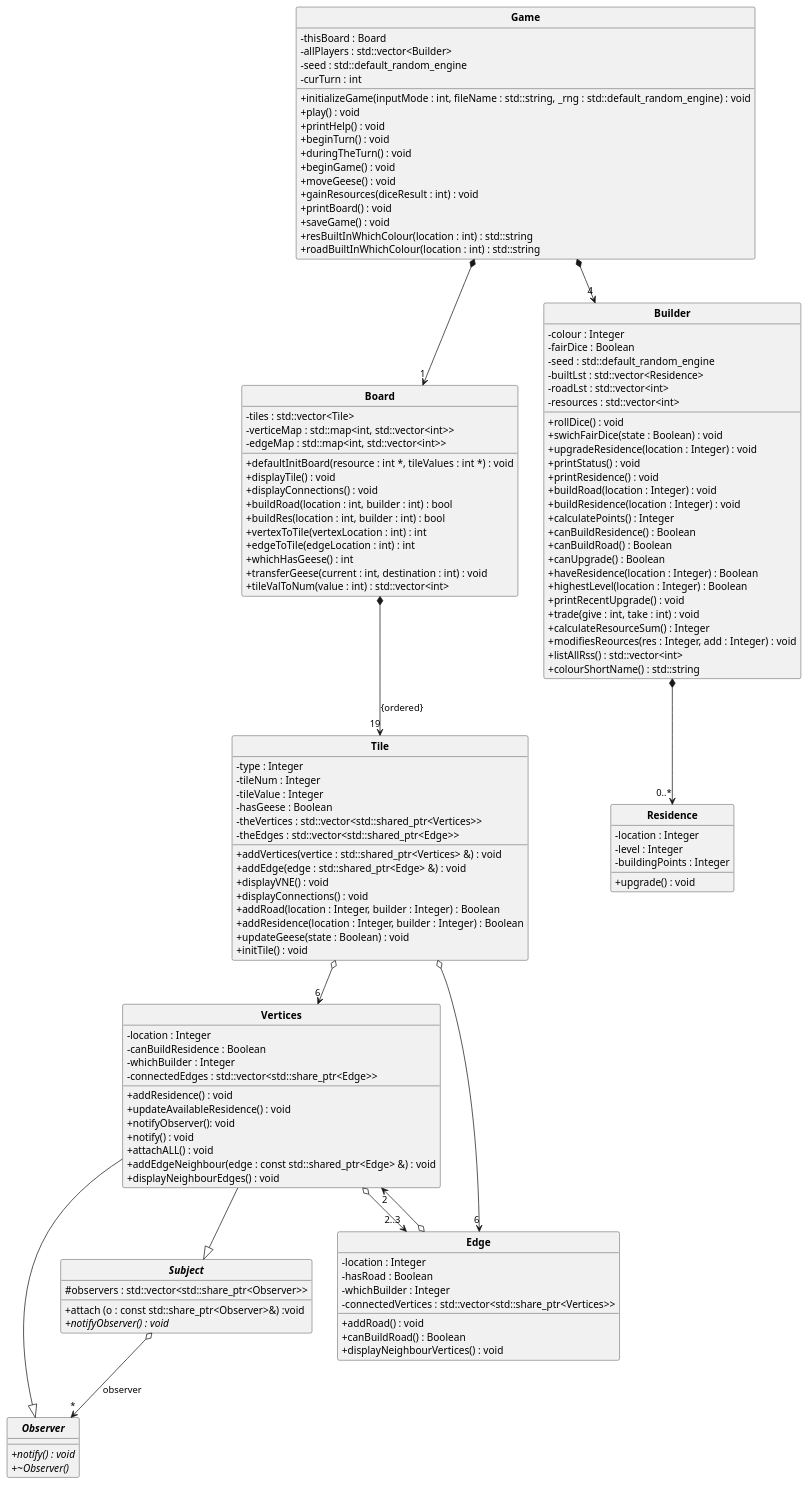
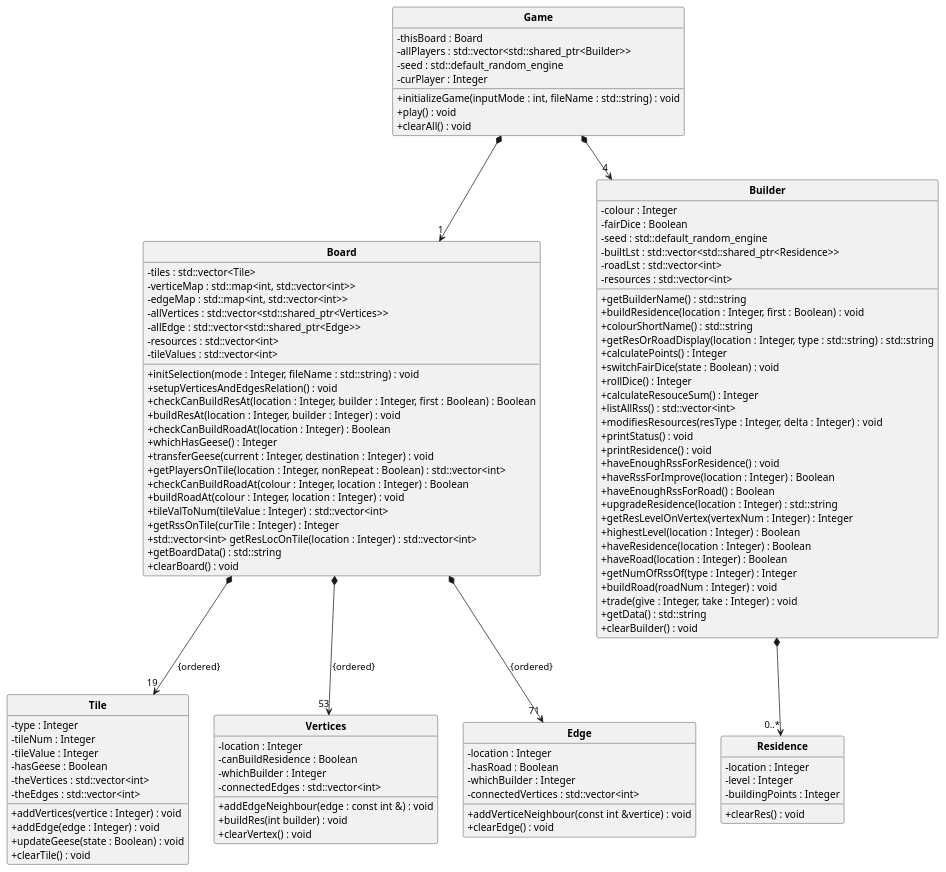
The diagram in final project documentation/ddl2/uml_final.wsd (Charles-Shang/constructor), drawn with PlantUML before and after one commit. The commit also changed 2 other files, not shown here.

Commit message:
update uml

```diff
--- a/final project documentation/ddl2/uml_final.wsd
+++ b/final project documentation/ddl2/uml_final.wsd
@@ -1,142 +1,123 @@
 @startuml CS246 Final Project UML ddl#1
 skinparam style strictuml
 skinparam SequenceMessageAlignment center
 skinparam classAttributeIconSize 0
 
 class "**Board**"  {
     - tiles : std::vector<Tile>
     - verticeMap : std::map<int, std::vector<int>>
     - edgeMap : std::map<int, std::vector<int>>
-    + defaultInitBoard(resource : int *, tileValues : int *) : void
-    + displayTile() : void
-    + displayConnections() : void
-    + buildRoad(location : int, builder : int) : bool
-    + buildRes(location : int, builder : int) : bool
-    + vertexToTile(vertexLocation : int) : int
-    + edgeToTile(edgeLocation : int) : int
-    + whichHasGeese() : int
-    + transferGeese(current : int, destination : int) : void
-    + tileValToNum(value : int) : std::vector<int>
+    - allVertices : std::vector<std::shared_ptr<Vertices>>
+    - allEdge : std::vector<std::shared_ptr<Edge>>
+    - resources : std::vector<int>
+    - tileValues : std::vector<int>
+    + initSelection(mode : Integer, fileName : std::string) : void
+    + setupVerticesAndEdgesRelation() : void 
+    + checkCanBuildResAt(location : Integer, builder : Integer, first : Boolean) : Boolean
+    + buildResAt(location : Integer, builder : Integer) : void
+    + checkCanBuildRoadAt(location : Integer) : Boolean
+    + whichHasGeese() : Integer
+    + transferGeese(current : Integer, destination : Integer) : void
+    + getPlayersOnTile(location : Integer, nonRepeat : Boolean) : std::vector<int>
+    + checkCanBuildRoadAt(colour : Integer, location : Integer) : Boolean
+    + buildRoadAt(colour : Integer, location : Integer) : void
+    + tileValToNum(tileValue : Integer) : std::vector<int> 
+    + getRssOnTile(curTile : Integer) : Integer
+    + std::vector<int> getResLocOnTile(location : Integer) : std::vector<int> 
+    + getBoardData() : std::string 
+    + clearBoard() : void
+
 }
 
 
 class "**Tile**" {
     - type : Integer
     - tileNum : Integer
     - tileValue : Integer
     - hasGeese : Boolean
-    - theVertices : std::vector<std::shared_ptr<Vertices>>
-    - theEdges : std::vector<std::shared_ptr<Edge>>
-    + addVertices(vertice : std::shared_ptr<Vertices> &) : void
-    + addEdge(edge : std::shared_ptr<Edge> &) : void
-    + displayVNE() : void
-    + displayConnections() : void
-    + addRoad(location : Integer, builder : Integer) : Boolean
-    + addResidence(location : Integer, builder : Integer) : Boolean
+    - theVertices : std::vector<int>
+    - theEdges : std::vector<int>
+    + addVertices(vertice : Integer) : void
+    + addEdge(edge : Integer) : void
     + updateGeese(state : Boolean) : void
-    + initTile() : void
-}
-
-
-abstract class "**Observer**" {
-    + {abstract} notify() : void
-    + {abstract} ~Observer()
-}
-
-abstract class "**Subject**" {
-    # observers : std::vector<std::share_ptr<Observer>>
-    + attach (o : const std::share_ptr<Observer>&) :void
-    + {abstract} notifyObserver() : void
+    + clearTile() : void
 }
 
 class "**Vertices**" {
     - location : Integer
     - canBuildResidence : Boolean
     - whichBuilder : Integer
-    - connectedEdges : std::vector<std::share_ptr<Edge>>
-    + addResidence() : void
-    + updateAvailableResidence() : void
-    + notifyObserver(): void
-    + notify() : void
-    + attachALL() : void
-    + addEdgeNeighbour(edge : const std::shared_ptr<Edge> &) : void
-    + displayNeighbourEdges() : void
+    - connectedEdges : std::vector<int>
+    + addEdgeNeighbour(edge : const int &) : void
+    + buildRes(int builder) : void
+    + clearVertex() : void
 }
 
 class "**Edge**" {
     - location : Integer
     - hasRoad : Boolean
     - whichBuilder : Integer
-    - connectedVertices : std::vector<std::share_ptr<Vertices>>
-    + addRoad() : void
-    + canBuildRoad() : Boolean
-    + displayNeighbourVertices() : void
+    - connectedVertices : std::vector<int>
+    + addVerticeNeighbour(const int &vertice) : void
+    + clearEdge() : void
 }
 
 class "**Builder**" {
     - colour : Integer
     - fairDice : Boolean
     - seed : std::default_random_engine
-    - builtLst : std::vector<Residence>
+    - builtLst : std::vector<std::shared_ptr<Residence>>
     - roadLst : std::vector<int>
     - resources : std::vector<int>
-    + rollDice() : void
-    + swichFairDice(state : Boolean) : void
-    + upgradeResidence(location : Integer) : void
+    + getBuilderName() : std::string
+    + buildResidence(location : Integer, first : Boolean) : void
+    + colourShortName() : std::string
+    + getResOrRoadDisplay(location : Integer, type : std::string) : std::string 
+    + calculatePoints() : Integer
+    + switchFairDice(state : Boolean) : void
+    + rollDice() : Integer
+    + calculateResouceSum() : Integer 
+    + listAllRss() : std::vector<int> 
+    + modifiesResources(resType : Integer, delta : Integer) : void
     + printStatus() : void
     + printResidence() : void
-    + buildRoad(location : Integer) : void
-    + buildResidence(location : Integer) : void
-    + calculatePoints() : Integer
-    + canBuildResidence() : Boolean
-    + canBuildRoad() : Boolean
-    + canUpgrade() : Boolean
+    + haveEnoughRssForResidence() : void 
+    + haveRssForImprove(location : Integer) : Boolean
+    + haveEnoughRssForRoad() : Boolean 
+    + upgradeResidence(location : Integer) : std::string 
+    + getResLevelOnVertex(vertexNum : Integer) : Integer
+    + highestLevel(location : Integer) : Boolean
     + haveResidence(location : Integer) : Boolean
-    + highestLevel(location : Integer) : Boolean
-    + printRecentUpgrade() : void
-    + trade(give : int, take : int) : void
-    + calculateResourceSum() : Integer
-    + modifiesReources(res : Integer, add : Integer) : void
-    + listAllRss() : std::vector<int>
-    + colourShortName() : std::string
+    + haveRoad(location : Integer) : Boolean
+    + getNumOfRssOf(type : Integer) : Integer
+    + buildRoad(roadNum : Integer) : void
+    + trade(give : Integer, take : Integer) : void
+    + getData() : std::string 
+    + clearBuilder() : void
 }
 
 class "**Residence**" {
     - location : Integer
     - level : Integer
     - buildingPoints : Integer
-    + upgrade() : void
+    + clearRes() : void
 }
 
 class "**Game**" {
     - thisBoard : Board
-    - allPlayers : std::vector<Builder>
+    - allPlayers : std::vector<std::shared_ptr<Builder>>
     - seed : std::default_random_engine
-    - curTurn : int
-    + initializeGame(inputMode : int, fileName : std::string, _rng : std::default_random_engine) : void
+    - curPlayer : Integer
+    + initializeGame(inputMode : int, fileName : std::string) : void
     + play() : void
-    + printHelp() : void
-    + beginTurn() : void
-    + duringTheTurn() : void
-    + beginGame() : void 
-    + moveGeese() : void 
-    + gainResources(diceResult : int) : void
-    + printBoard() : void 
-    + saveGame() : void
-    + resBuiltInWhichColour(location : int) : std::string
-    + roadBuiltInWhichColour(location : int) : std::string
+    + clearAll() : void
 }
 
 "**Game**" *--> "1" "**Board**"
-"**Subject**" o--> "*" "**Observer**" : "observer"
-"**Vertices**" --|> "**Subject**"
-"**Vertices**" --|> "**Observer**"
-"**Vertices**" o--> "2..3" "**Edge**"
-"**Edge**" o--> "2" "**Vertices**"
 "**Game**" *--> "4" "**Builder**"
 "**Board**" *--> "19" "**Tile**" : {ordered}
-"**Tile**" o--> "6" "**Edge**"
-"**Tile**" o--> "6" "**Vertices**"
+"**Board**" *--> "53" "**Vertices**" : {ordered}
+"**Board**" *--> "71" "**Edge**" : {ordered}
 "**Builder**" *--> "0..*" "**Residence**"
 
 @enduml
```
